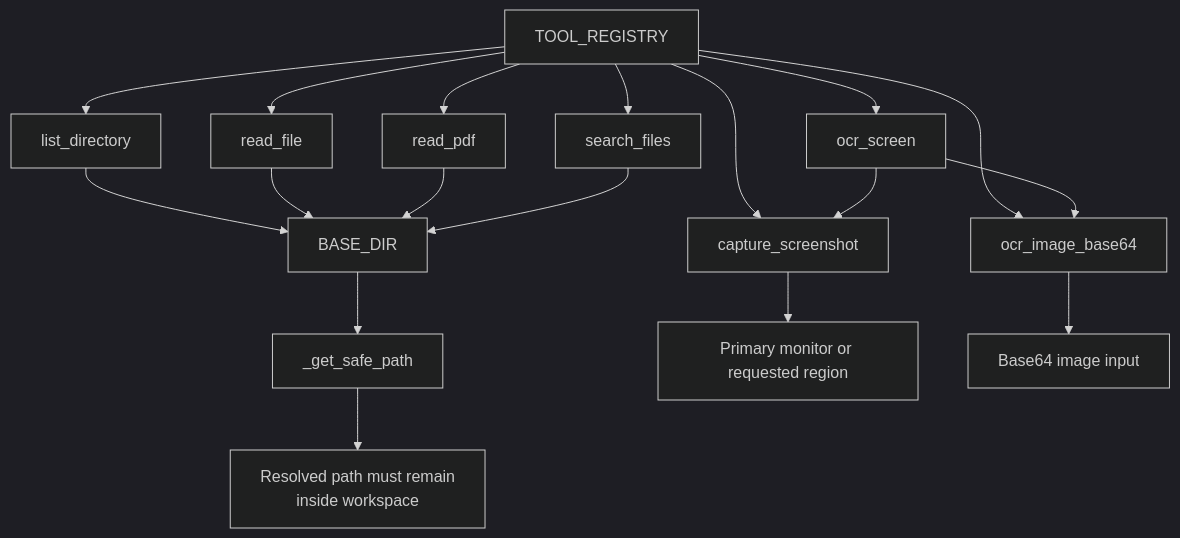
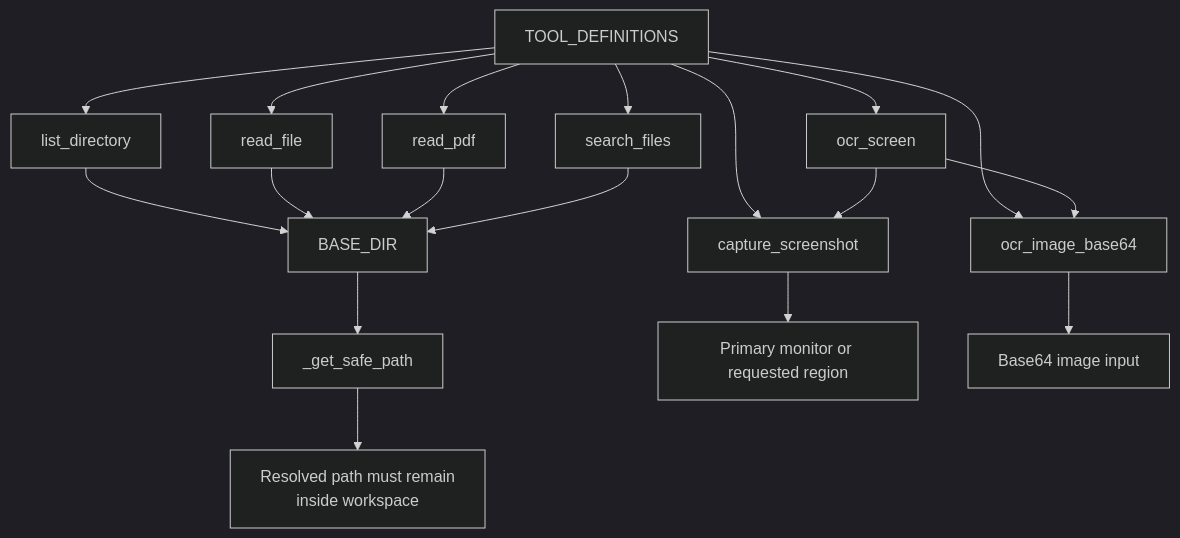
Before and after one commit to eigenlambda123/AIgen: the fourth of 13 diagrams in ARCHITECTURE.md, drawn with Mermaid (dark theme). The commit also changed other lines of this file and 6 other files, not shown here.

Commit message:
refactor: Created a 'tool_registry' file for a central registry for the tools exposed to the agent and CLI

````diff
--- a/ARCHITECTURE.md
+++ b/ARCHITECTURE.md
@@ -98,22 +99,22 @@
 ```mermaid
 flowchart TD
-    R[TOOL_REGISTRY] --> FS[list_directory]
+    R[TOOL_DEFINITIONS] --> FS[list_directory]
     R --> RF[read_file]
     R --> RP[read_pdf]
     R --> SF[search_files]
     R --> CS[capture_screenshot]
     R --> OI[ocr_image_base64]
     R --> OS[ocr_screen]
 
     FS --> B[BASE_DIR]
     RF --> B
     RP --> B
     SF --> B
     B --> G[_get_safe_path]
     G --> S[Resolved path must remain<br/>inside workspace]
 
     CS --> Screen[Primary monitor or requested region]
     OI --> Image[Base64 image input]
     OS --> CS
     OS --> OI
 ```
````
